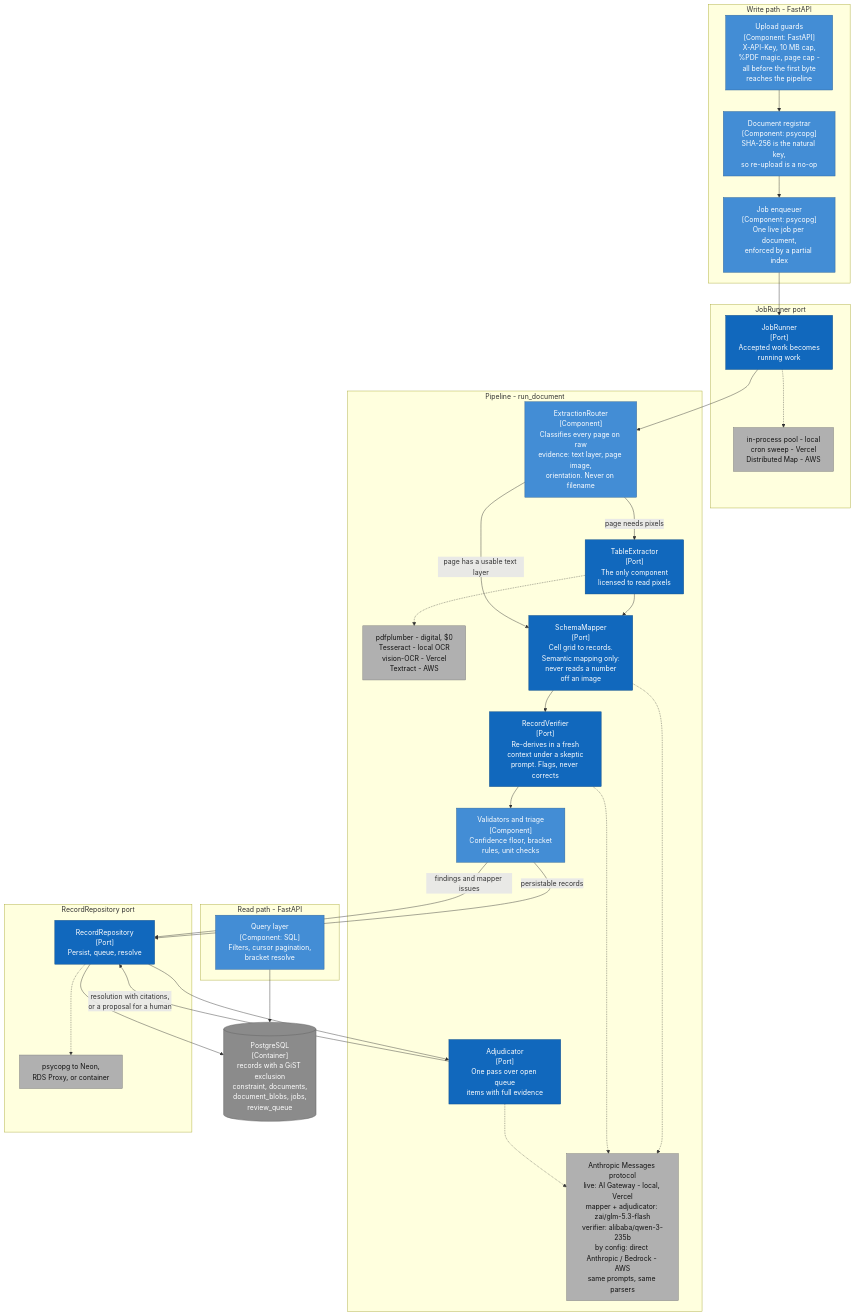
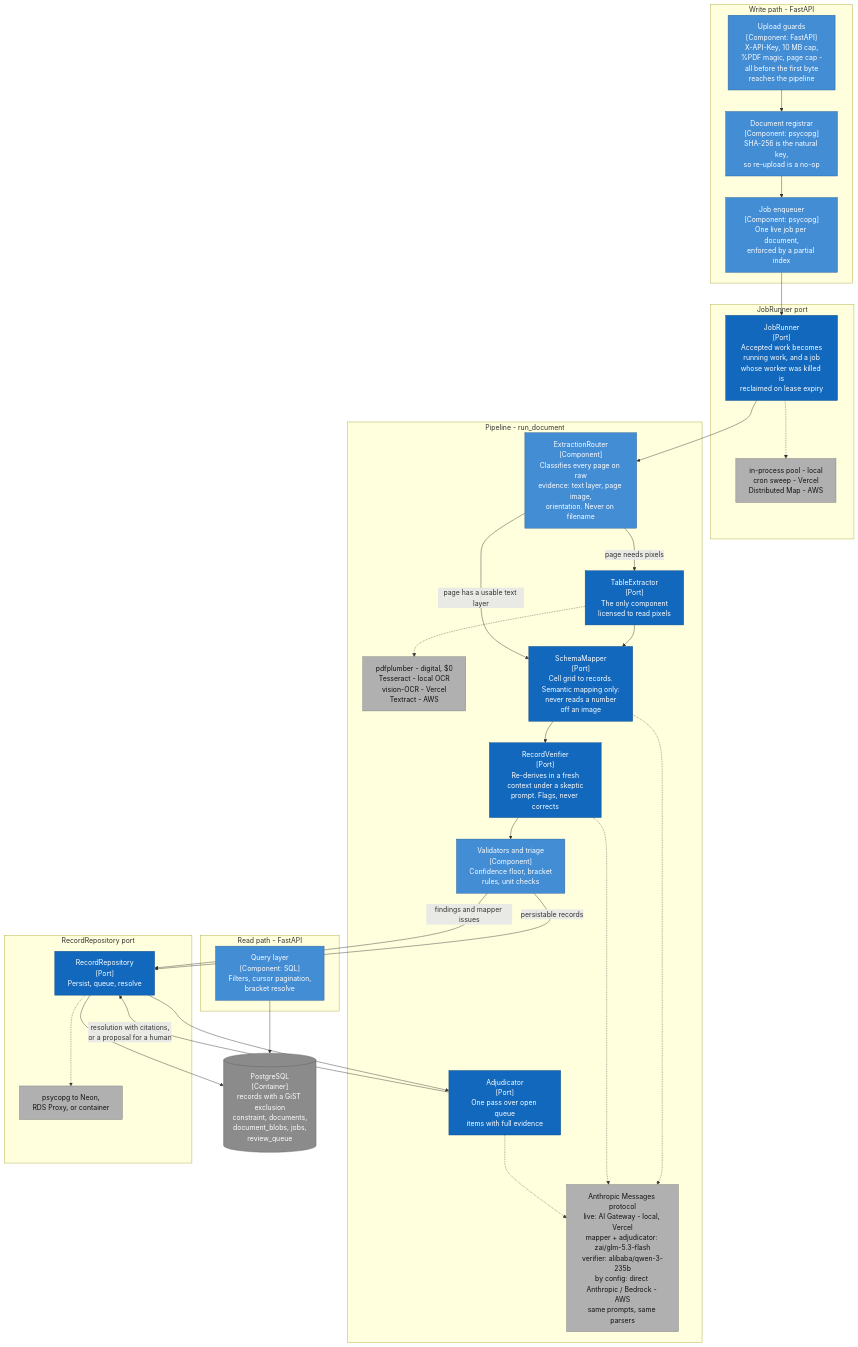
One commit to Rocuts/Auxis changed the second of 2 diagrams in README.md. Above: the diagram before and after it, drawn with Mermaid. The commit also changed other lines of this file and 7 other files, not shown here.

````diff
--- a/README.md
+++ b/README.md
@@ -182,65 +202,65 @@
 ```mermaid
 flowchart TB
     classDef comp fill:#438dd5,stroke:#2e6295,color:#ffffff
     classDef port fill:#1168bd,stroke:#0b4884,color:#ffffff
     classDef adapter fill:#b0b0b0,stroke:#7a7a7a,color:#111111
     classDef store fill:#8b8b8b,stroke:#5f5f5f,color:#ffffff
 
     subgraph api_b["Write path - FastAPI"]
         guards["Upload guards<br/>[Component: FastAPI]<br/>X-API-Key, 10 MB cap,<br/>%PDF magic, page cap -<br/>all before the first byte<br/>reaches the pipeline"]
         registrar["Document registrar<br/>[Component: psycopg]<br/>SHA-256 is the natural key,<br/>so re-upload is a no-op"]
         enqueue["Job enqueuer<br/>[Component: psycopg]<br/>One live job per document,<br/>enforced by a partial index"]
     end
 
     subgraph read_b["Read path - FastAPI"]
         queries["Query layer<br/>[Component: SQL]<br/>Filters, cursor pagination,<br/>bracket resolve"]
     end
 
     subgraph runner_b["JobRunner port"]
-        runner["JobRunner<br/>[Port]<br/>Accepted work becomes<br/>running work"]
+        runner["JobRunner<br/>[Port]<br/>Accepted work becomes<br/>running work, and a job<br/>whose worker was killed is<br/>reclaimed on lease expiry"]
         runner_a["in-process pool - local<br/>cron sweep - Vercel<br/>Distributed Map - AWS"]
     end
 
     subgraph pipe_b["Pipeline - run_document"]
         router["ExtractionRouter<br/>[Component]<br/>Classifies every page on raw<br/>evidence: text layer, page image,<br/>orientation. Never on filename"]
         extractor["TableExtractor<br/>[Port]<br/>The only component<br/>licensed to read pixels"]
         extractor_a["pdfplumber - digital, $0<br/>Tesseract - local OCR<br/>vision-OCR - Vercel<br/>Textract - AWS"]
         mapper["SchemaMapper<br/>[Port]<br/>Cell grid to records.<br/>Semantic mapping only:<br/>never reads a number<br/>off an image"]
         verifier["RecordVerifier<br/>[Port]<br/>Re-derives in a fresh<br/>context under a skeptic<br/>prompt. Flags, never corrects"]
         triage["Validators and triage<br/>[Component]<br/>Confidence floor, bracket<br/>rules, unit checks"]
         adjudicator["Adjudicator<br/>[Port]<br/>One pass over open queue<br/>items with full evidence"]
         semantic_a["Anthropic Messages protocol<br/>live: AI Gateway - local, Vercel<br/>mapper + adjudicator: zai/glm-5.3-flash<br/>verifier: alibaba/qwen-3-235b<br/>by config: direct Anthropic / Bedrock - AWS<br/>same prompts, same parsers"]
     end
 
     subgraph repo_b["RecordRepository port"]
         repo["RecordRepository<br/>[Port]<br/>Persist, queue, resolve"]
         repo_a["psycopg to Neon,<br/>RDS Proxy, or container"]
     end
 
     db[("PostgreSQL<br/>[Container]<br/>records with a GiST exclusion<br/>constraint, documents,<br/>document_blobs, jobs,<br/>review_queue")]
 
     guards --> registrar --> enqueue --> runner
     runner --> router
     router -->|"page needs pixels"| extractor
     extractor --> mapper
     router -->|"page has a usable text layer"| mapper
     mapper --> verifier --> triage
     triage -->|"persistable records"| repo
     triage -->|"findings and mapper issues"| repo
     repo --> adjudicator
     adjudicator -->|"resolution with citations,<br/>or a proposal for a human"| repo
     repo --> db
     queries --> db
 
     extractor -.-> extractor_a
     mapper -.-> semantic_a
     verifier -.-> semantic_a
     adjudicator -.-> semantic_a
     runner -.-> runner_a
     repo -.-> repo_a
 
     class guards,registrar,enqueue,queries,router,triage comp
     class runner,extractor,mapper,verifier,adjudicator,repo port
     class runner_a,extractor_a,semantic_a,repo_a adapter
     class db store
 ```
````
